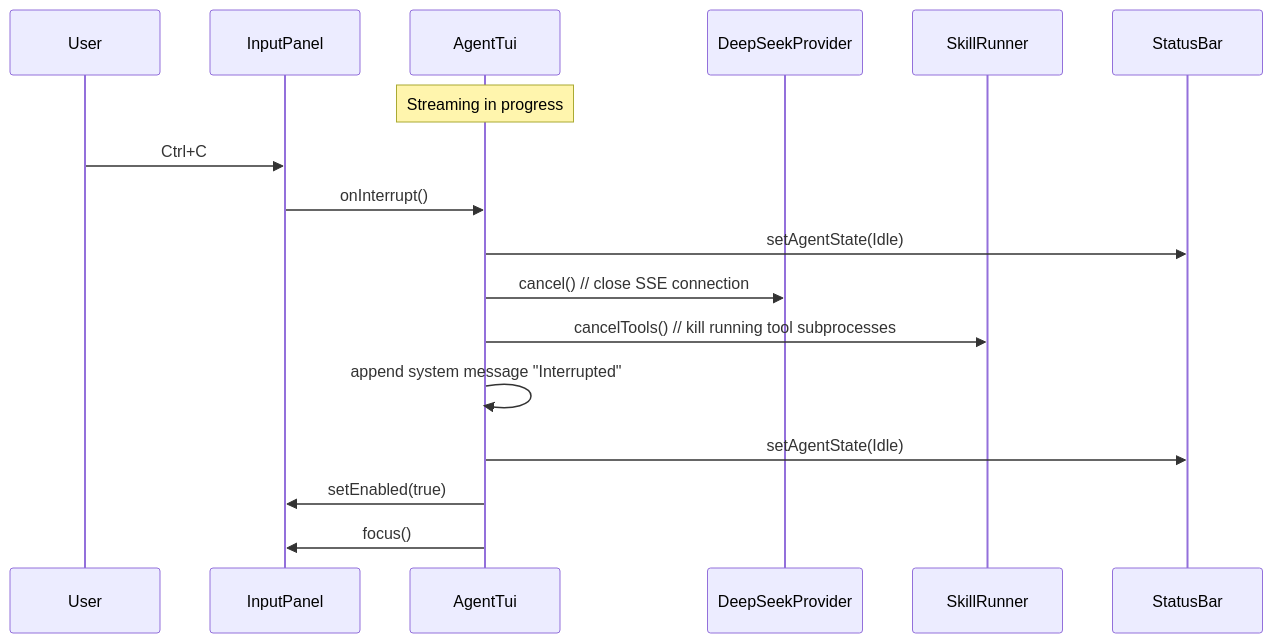
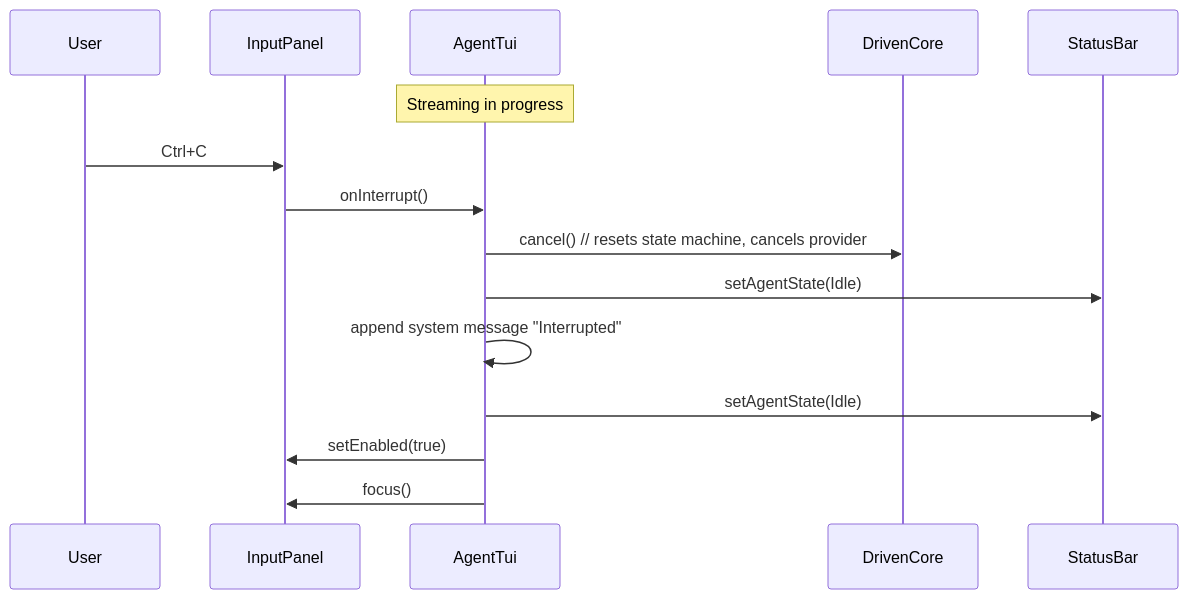
Before and after one commit to opensassi/a0: the fourth of 4 diagrams in src/tui/technical-specification.md, drawn with Mermaid. The commit also changed other lines of this file and 49 other files, not shown here.

Commit message:
Thread-separated App Core refactoring: add DrivenCore state machine, curl_multi async provider, MPSC channel; refactor AgentTui to remove AgentCore*; update all 43 spec files and 5 technical-specification.md files

````diff
--- a/src/tui/technical-specification.md
+++ b/src/tui/technical-specification.md
@@ -604,21 +671,19 @@
 ```mermaid
 sequenceDiagram
     participant User
     participant IP as InputPanel
     participant AT as AgentTui
-    participant DP as DeepSeekProvider
-    participant SR as SkillRunner
+    participant DC as DrivenCore
     participant SB as StatusBar
 
     Note over AT: Streaming in progress
 
     User->>IP: Ctrl+C
     IP->>AT: onInterrupt()
+    AT->>DC: cancel()     // resets state machine, cancels provider
     AT->>SB: setAgentState(Idle)
-    AT->>DP: cancel()     // close SSE connection
-    AT->>SR: cancelTools() // kill running tool subprocesses
     AT->>AT: append system message "Interrupted"
     AT->>SB: setAgentState(Idle)
     AT->>IP: setEnabled(true)
     AT->>IP: focus()
 ```
````
